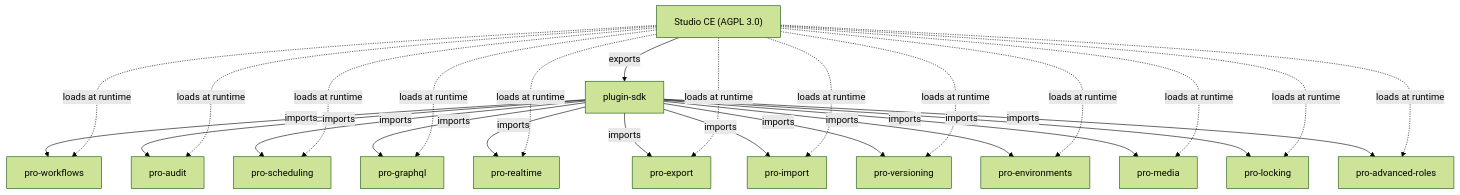
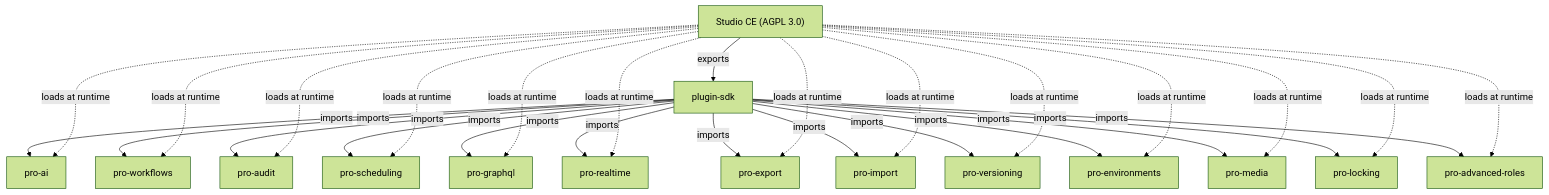
The diagram in plugins/overview.mdx (roadbeat-studio/documentationai-Docs), drawn with Mermaid (forest theme) before and after one commit. The commit also changed other lines of this file and 1 other file, not shown here.

First line of the commit message:
docs: add pro-ai to plugin overview + CE-vs-Pro comparison

````diff
--- a/plugins/overview.mdx
+++ b/plugins/overview.mdx
@@ -10,30 +10,32 @@
 ```mermaid
 graph TD
     CE["Studio CE (AGPL 3.0)"]
     SDK["plugin-sdk"]
     CE -->|exports| SDK
+    SDK -->|imports| AI["pro-ai"]
     SDK -->|imports| WF["pro-workflows"]
     SDK -->|imports| AU["pro-audit"]
     SDK -->|imports| SC["pro-scheduling"]
     SDK -->|imports| GQ["pro-graphql"]
     SDK -->|imports| RT["pro-realtime"]
     SDK -->|imports| EX["pro-export"]
     SDK -->|imports| IM["pro-import"]
     SDK -->|imports| VR["pro-versioning"]
     SDK -->|imports| EN["pro-environments"]
     SDK -->|imports| MD["pro-media"]
     SDK -->|imports| LK["pro-locking"]
     SDK -->|imports| AR["pro-advanced-roles"]
+    CE -.->|loads at runtime| AI
     CE -.->|loads at runtime| WF
     CE -.->|loads at runtime| AU
     CE -.->|loads at runtime| SC
     CE -.->|loads at runtime| GQ
     CE -.->|loads at runtime| RT
     CE -.->|loads at runtime| EX
     CE -.->|loads at runtime| IM
     CE -.->|loads at runtime| VR
     CE -.->|loads at runtime| EN
     CE -.->|loads at runtime| MD
     CE -.->|loads at runtime| LK
     CE -.->|loads at runtime| AR
 ```
````
